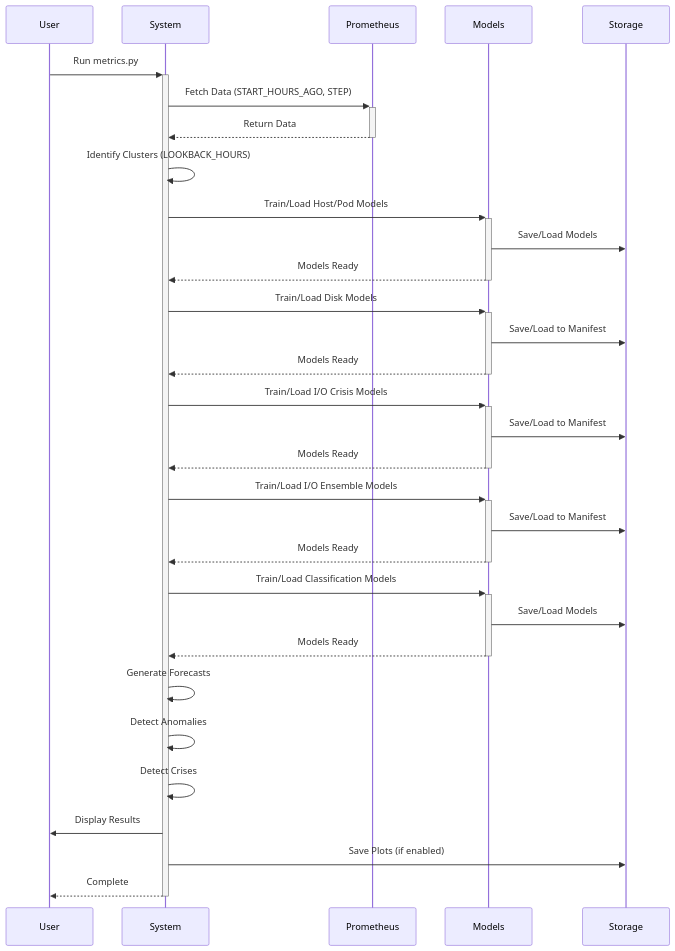
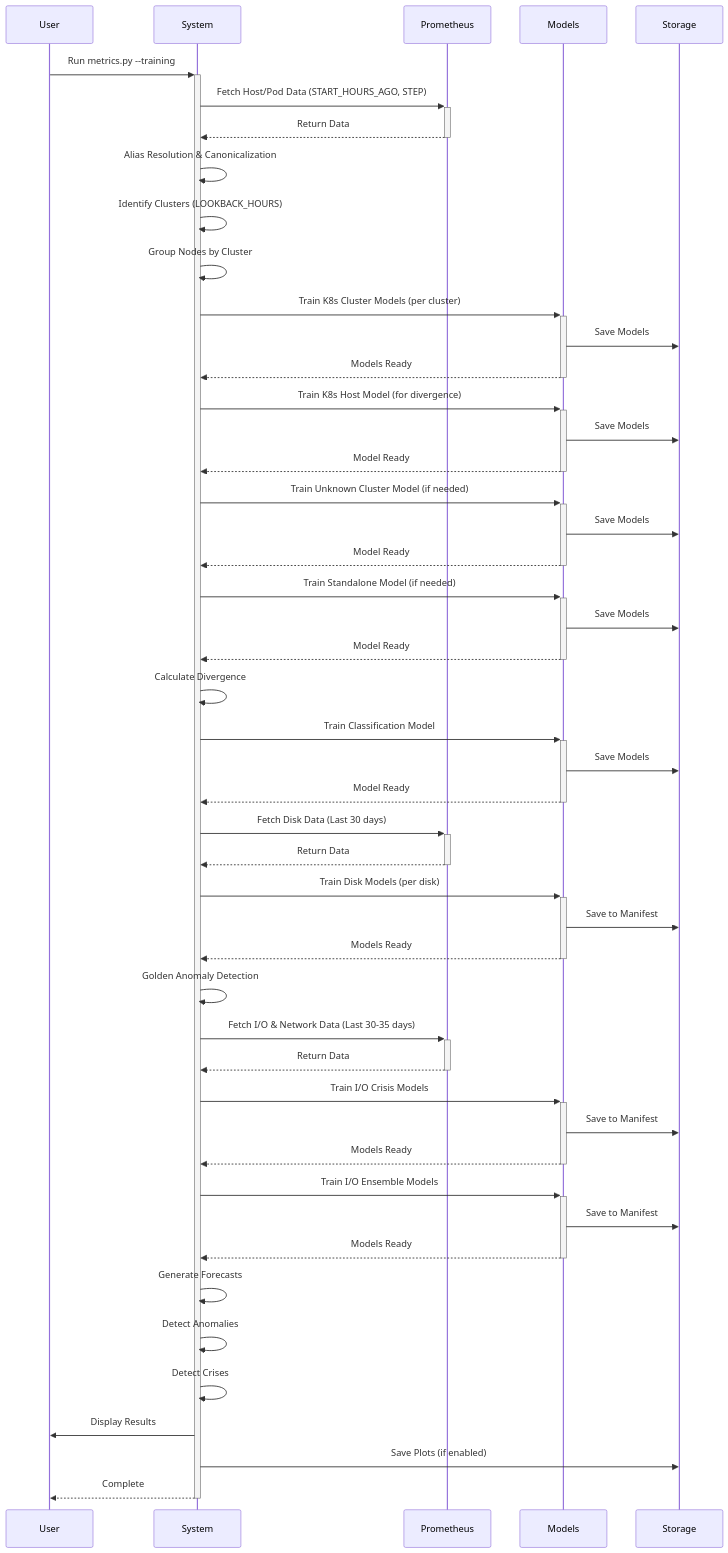
Diagram 11 of 11 in Docs/VISUAL_ARCHITECTURE_GUIDE.md (k8sautom8/metrics-ml), drawn with Mermaid before and after one commit. The commit also changed other lines of this file, not shown here.

````diff
--- a/Docs/VISUAL_ARCHITECTURE_GUIDE.md
+++ b/Docs/VISUAL_ARCHITECTURE_GUIDE.md
@@ -701,42 +734,64 @@
 ```mermaid
 sequenceDiagram
     participant User
     participant System
     participant Prometheus
     participant Models
     participant Storage
     
-    User->>+System: Run metrics.py
-    System->>+Prometheus: Fetch Data (START_HOURS_AGO, STEP)
+    User->>+System: Run metrics.py --training
+    System->>+Prometheus: Fetch Host/Pod Data (START_HOURS_AGO, STEP)
     Prometheus-->>-System: Return Data
     
+    System->>System: Alias Resolution & Canonicalization
     System->>System: Identify Clusters (LOOKBACK_HOURS)
+    System->>System: Group Nodes by Cluster
     
-    System->>+Models: Train/Load Host/Pod Models
-    Models->>Storage: Save/Load Models
+    System->>+Models: Train K8s Cluster Models (per cluster)
+    Models->>Storage: Save Models
     Models-->>-System: Models Ready
     
-    System->>+Models: Train/Load Disk Models
-    Models->>Storage: Save/Load to Manifest
+    System->>+Models: Train K8s Host Model (for divergence)
+    Models->>Storage: Save Models
+    Models-->>-System: Model Ready
+    
+    System->>+Models: Train Unknown Cluster Model (if needed)
+    Models->>Storage: Save Models
+    Models-->>-System: Model Ready
+    
+    System->>+Models: Train Standalone Model (if needed)
+    Models->>Storage: Save Models
+    Models-->>-System: Model Ready
+    
+    System->>System: Calculate Divergence
+    
+    System->>+Models: Train Classification Model
+    Models->>Storage: Save Models
+    Models-->>-System: Model Ready
+    
+    System->>+Prometheus: Fetch Disk Data (Last 30 days)
+    Prometheus-->>-System: Return Data
+    System->>+Models: Train Disk Models (per disk)
+    Models->>Storage: Save to Manifest
     Models-->>-System: Models Ready
     
-    System->>+Models: Train/Load I/O Crisis Models
-    Models->>Storage: Save/Load to Manifest
+    System->>System: Golden Anomaly Detection
+    
+    System->>+Prometheus: Fetch I/O & Network Data (Last 30-35 days)
+    Prometheus-->>-System: Return Data
+    System->>+Models: Train I/O Crisis Models
+    Models->>Storage: Save to Manifest
     Models-->>-System: Models Ready
     
-    System->>+Models: Train/Load I/O Ensemble Models
-    Models->>Storage: Save/Load to Manifest
-    Models-->>-System: Models Ready
-    
-    System->>+Models: Train/Load Classification Models
-    Models->>Storage: Save/Load Models
+    System->>+Models: Train I/O Ensemble Models
+    Models->>Storage: Save to Manifest
     Models-->>-System: Models Ready
     
     System->>System: Generate Forecasts
     System->>System: Detect Anomalies
     System->>System: Detect Crises
     
     System->>User: Display Results
     System->>Storage: Save Plots (if enabled)
     System-->>-User: Complete
 ```
````
